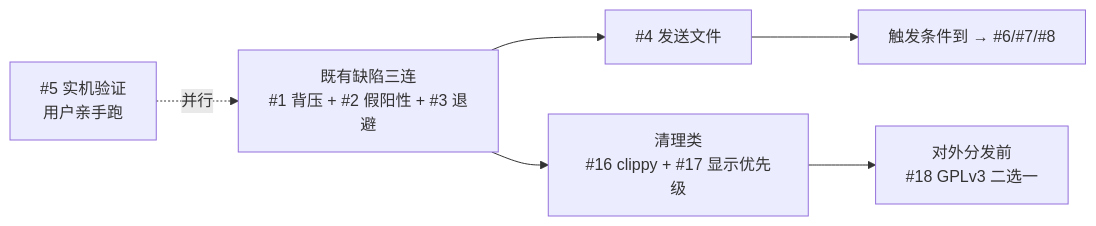
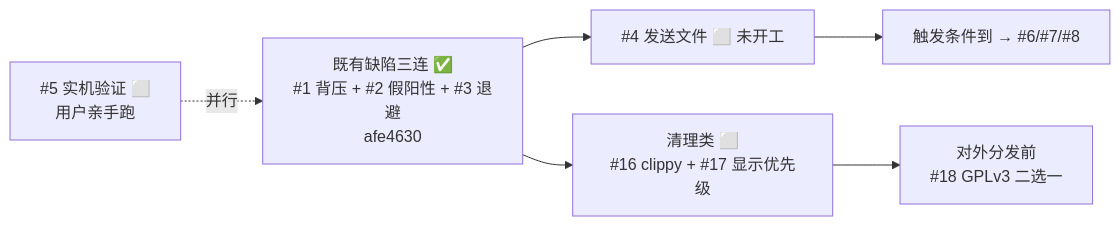
One commit to Tesla1983/Com-tool_RS changed the diagram in GAP_ANALYSIS_VS_COMTOOL.md. Above: the diagram before and after it, drawn with Mermaid. The commit also changed other lines of this file, not shown here.

````diff
--- a/GAP_ANALYSIS_VS_COMTOOL.md
+++ b/GAP_ANALYSIS_VS_COMTOOL.md
@@ -216,8 +247,8 @@
 ```mermaid
 graph LR
-  A[既有缺陷三连<br/>#1 背压 + #2 假阳性 + #3 退避] --> B[#4 发送文件]
-  A --> C[清理类<br/>#16 clippy + #17 显示优先级]
-  D[#5 实机验证<br/>用户亲手跑] -.并行.-> A
+  A[既有缺陷三连 ✅<br/>#1 背压 + #2 假阳性 + #3 退避<br/>afe4630] --> B[#4 发送文件 ⬜ 未开工]
+  A --> C[清理类 ⬜<br/>#16 clippy + #17 显示优先级]
+  D[#5 实机验证 ⬜<br/>用户亲手跑] -.并行.-> A
   B --> E[触发条件到 → #6/#7/#8]
   C --> F[对外分发前<br/>#18 GPLv3 二选一]
 ```
````
